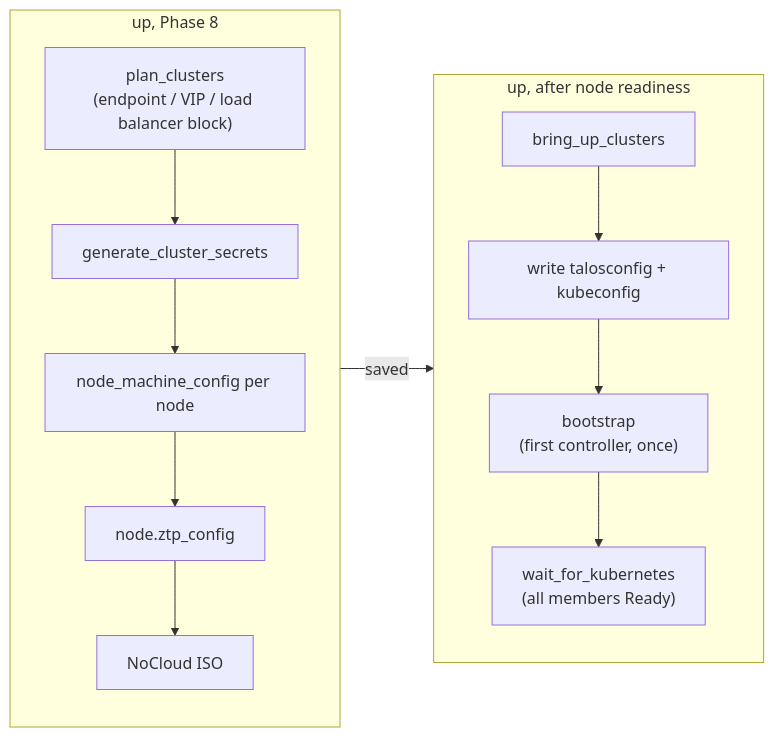
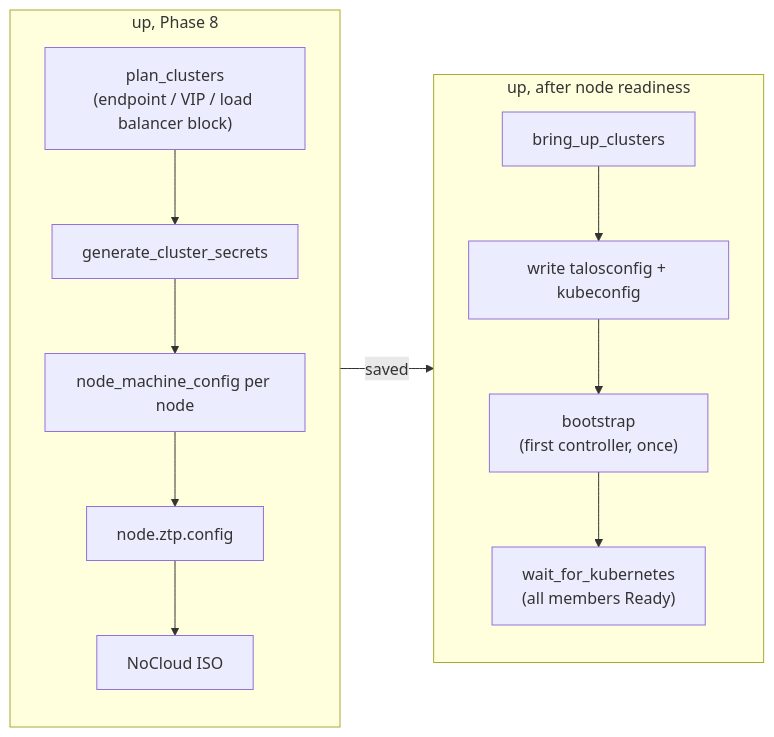
The diagram in docs/architecture/TALOS.md (bwks/sherpa), drawn with Mermaid before and after one commit. The commit also changed other lines of this file and 94 other files, not shown here.

````diff
--- a/docs/architecture/TALOS.md
+++ b/docs/architecture/TALOS.md
@@ -53,21 +53,21 @@
 ```mermaid
 flowchart LR
     subgraph phase8["up, Phase 8"]
         direction TB
         plan["plan_clusters<br/>(endpoint / VIP / load balancer block)"]
         secrets["generate_cluster_secrets"]
         machine["node_machine_config per node"]
-        ztp["node.ztp_config"]
+        ztp["node.ztp.config"]
         iso["NoCloud ISO"]
         plan --> secrets --> machine --> ztp --> iso
     end
     subgraph ready["up, after node readiness"]
         direction TB
         bringup["bring_up_clusters"]
         creds["write talosconfig + kubeconfig"]
         boot["bootstrap<br/>(first controller, once)"]
         wait["wait_for_kubernetes<br/>(all members Ready)"]
         bringup --> creds --> boot --> wait
     end
     secrets -->|saved| creds
 ```
````
